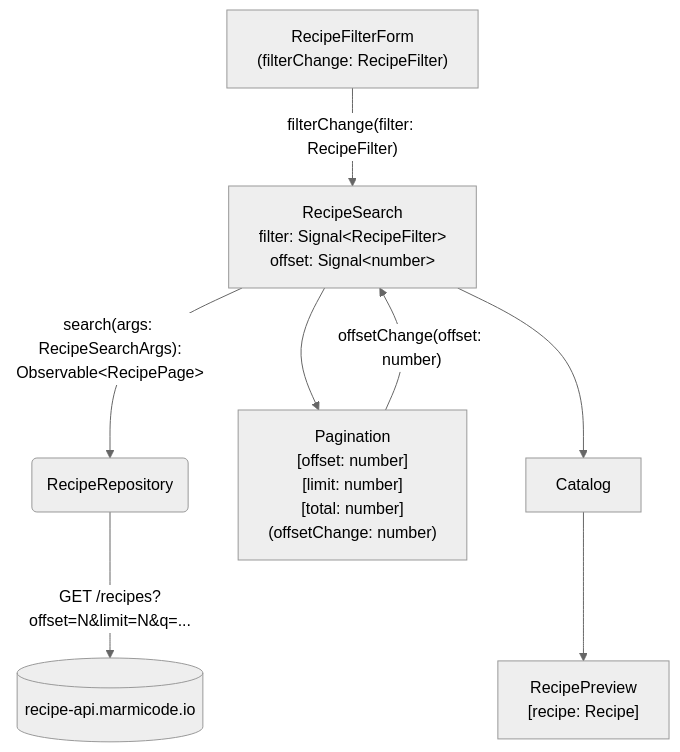
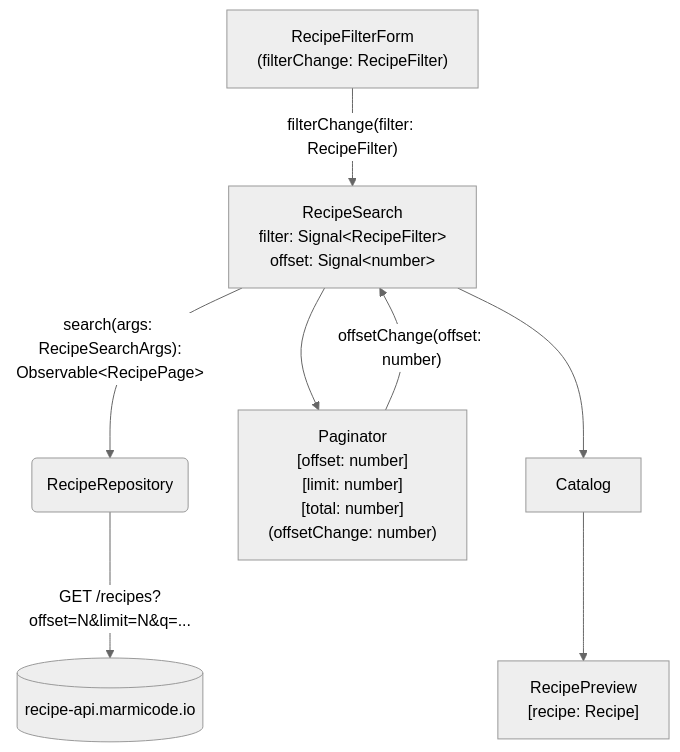
The first of 2 diagrams in design-docs/001-recipe-search-pagination.md (yjaaidi/kitchen), drawn with Mermaid (neutral theme) before and after one commit. The commit also changed other lines of this file, not shown here.

Commit message:
docs: rename Pagination to Paginator

````diff
--- a/design-docs/001-recipe-search-pagination.md
+++ b/design-docs/001-recipe-search-pagination.md
@@ -34,18 +34,18 @@
 ```mermaid
 flowchart TD
     RFF["RecipeFilterForm<br>(filterChange: RecipeFilter)"]
     RS["RecipeSearch<br>filter: Signal&lt;RecipeFilter&gt;<br>offset: Signal&lt;number&gt;"]
     CAT["Catalog"]
     RP["RecipePreview<br>[recipe: Recipe]"]
-    PAG["Pagination<br>[offset: number]<br>[limit: number]<br>[total: number]<br>(offsetChange: number)"]
+    PAG["Paginator<br>[offset: number]<br>[limit: number]<br>[total: number]<br>(offsetChange: number)"]
     REPO("RecipeRepository")
     API[("recipe-api.marmicode.io")]
 
     RFF -->|"filterChange(filter: RecipeFilter)"| RS
     RS -->|"search(args: RecipeSearchArgs):<br>Observable&lt;RecipePage&gt;"| REPO
     REPO -->|"GET /recipes?offset=N&limit=N&q=..."| API
     RS --> CAT
     CAT --> RP
     RS --> PAG
     PAG -->|"offsetChange(offset: number)"| RS
 ```
````
